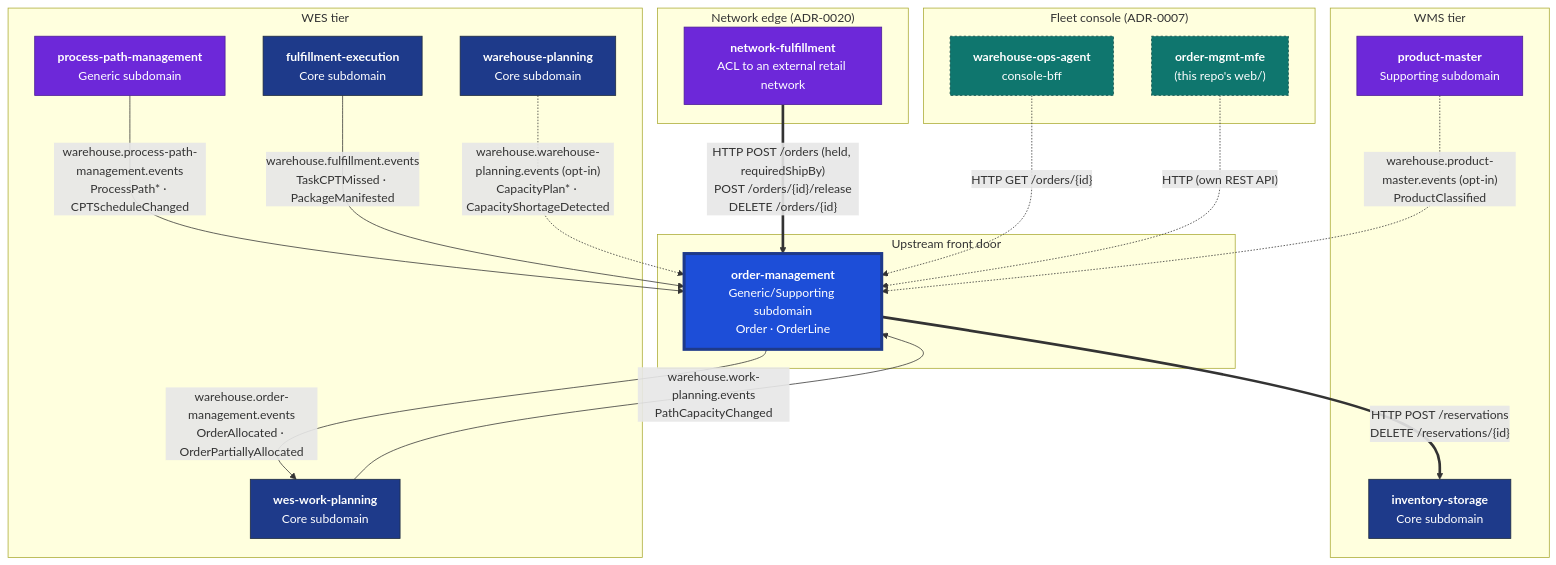
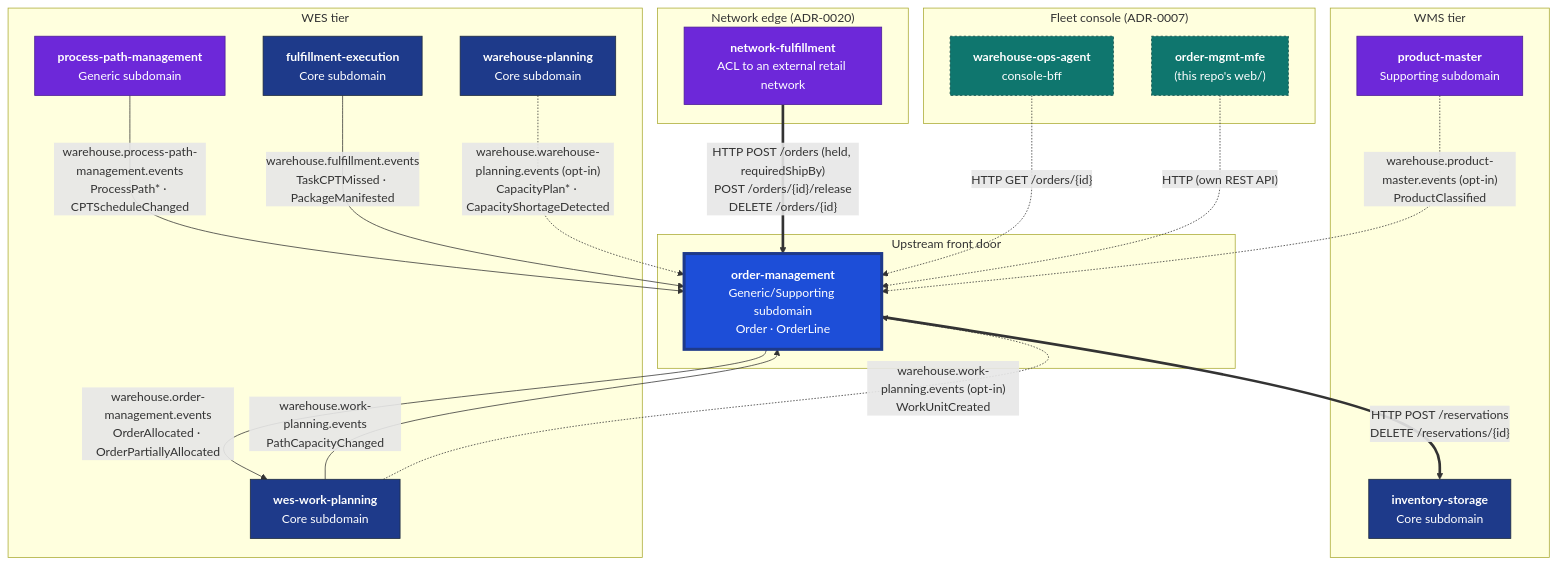
Before and after one commit to IQVO/warehouse-docs: the first of 2 diagrams in docs/contexts/order-management/context-map.md, drawn with Mermaid. The commit also changed other lines of this file and 53 other files, not shown here.

````diff
--- a/docs/contexts/order-management/context-map.md
+++ b/docs/contexts/order-management/context-map.md
@@ -24,43 +24,44 @@
 ```mermaid
 flowchart TB
     subgraph EXT["Network edge (ADR-0020)"]
         NF["<b>network-fulfillment</b><br/>ACL to an external retail network"]
     end
     subgraph NEW["Upstream front door"]
         OM["<b>order-management</b><br/>Generic/Supporting subdomain<br/>Order · OrderLine"]
     end
     subgraph WMS["WMS tier"]
         INV["<b>inventory-storage</b><br/>Core subdomain"]
         PM["<b>product-master</b><br/>Supporting subdomain"]
     end
     subgraph WES["WES tier"]
         PPM["<b>process-path-management</b><br/>Generic subdomain"]
         WP["<b>wes-work-planning</b><br/>Core subdomain"]
         FE["<b>fulfillment-execution</b><br/>Core subdomain"]
         WPL["<b>warehouse-planning</b><br/>Core subdomain"]
     end
     subgraph CONSOLE["Fleet console (ADR-0007)"]
         BFF["<b>warehouse-ops-agent</b><br/>console-bff"]
         MFE["<b>order-mgmt-mfe</b><br/>(this repo's web/)"]
     end
 
     NF ==>|"HTTP POST /orders (held, requiredShipBy)<br/>POST /orders/{id}/release<br/>DELETE /orders/{id}"| OM
     OM ==>|"HTTP POST /reservations<br/>DELETE /reservations/{id}"| INV
     PM -.->|"warehouse.product-master.events (opt-in)<br/>ProductClassified"| OM
     OM -->|"warehouse.order-management.events<br/>OrderAllocated · OrderPartiallyAllocated"| WP
     PPM -->|"warehouse.process-path-management.events<br/>ProcessPath* · CPTScheduleChanged"| OM
     WP -->|"warehouse.work-planning.events<br/>PathCapacityChanged"| OM
+    WP -.->|"warehouse.work-planning.events (opt-in)<br/>WorkUnitCreated"| OM
     FE -->|"warehouse.fulfillment.events<br/>TaskCPTMissed · PackageManifested"| OM
     WPL -.->|"warehouse.warehouse-planning.events (opt-in)<br/>CapacityPlan* · CapacityShortageDetected"| OM
     BFF -.->|"HTTP GET /orders/{id}"| OM
     MFE -.->|"HTTP (own REST API)"| OM
 
     classDef this fill:#1d4ed8,stroke:#1e3a8a,color:#fff,stroke-width:4px;
     classDef core fill:#1e3a8a,stroke:#1e293b,color:#fff;
     classDef supp fill:#6d28d9,stroke:#4c1d95,color:#fff;
     classDef console fill:#0f766e,stroke:#134e4a,color:#fff,stroke-dasharray: 3 3;
     class OM this;
     class INV,WP,FE,WPL core;
     class PPM,NF,PM supp;
     class BFF,MFE console;
 ```
````
